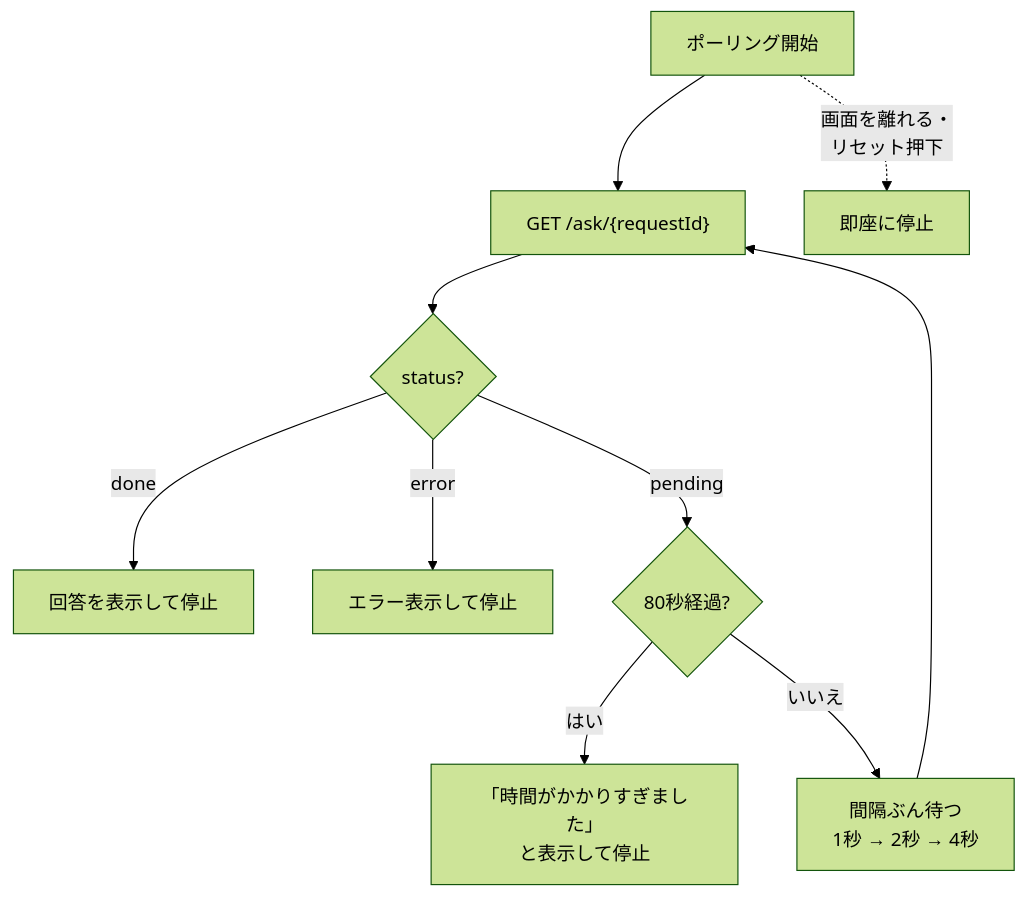
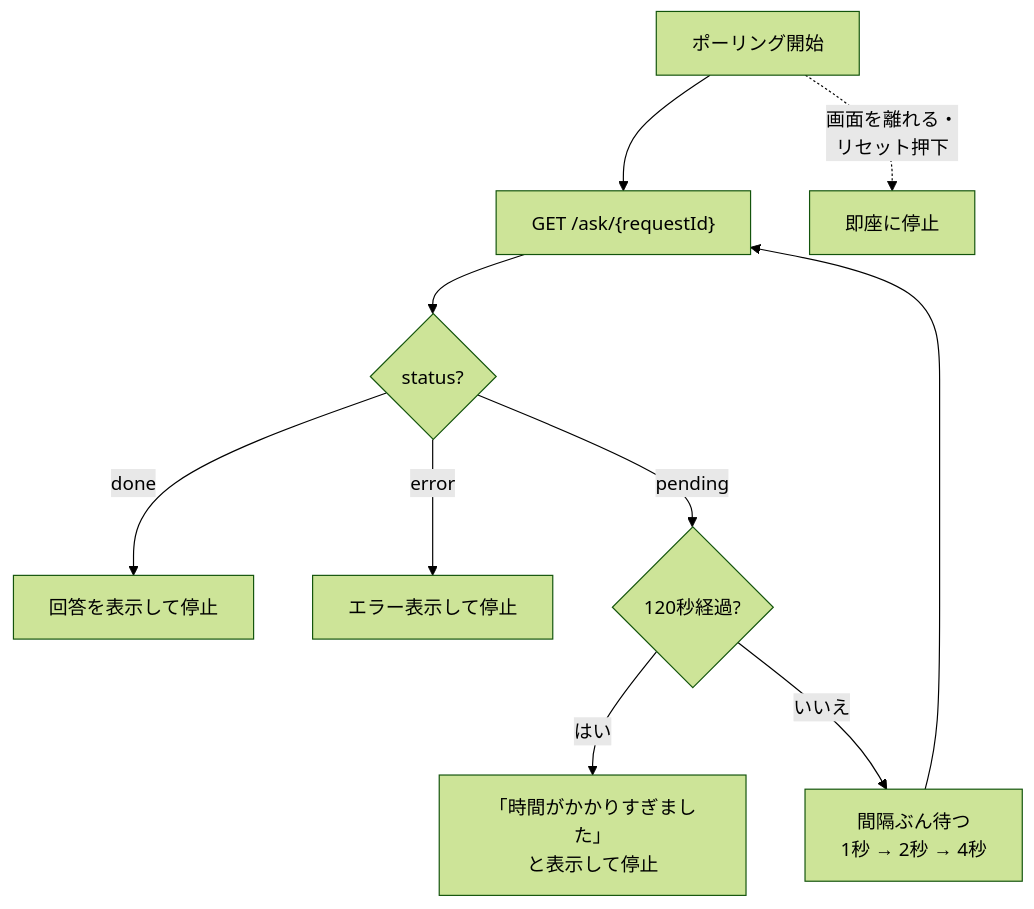
Before and after one commit to h-akira/TouringProject: the fourth of 4 diagrams in docs/01a_async_ask.md, drawn with Mermaid (forest theme). The commit also changed other lines of this file and 7 other files, not shown here.

````diff
--- a/docs/01a_async_ask.md
+++ b/docs/01a_async_ask.md
@@ -162,12 +165,12 @@
 ```mermaid
 flowchart TD
     S[ポーリング開始] --> P["GET /ask/{requestId}"]
     P --> C{status?}
     C -->|done| OK[回答を表示して停止]
     C -->|error| NG[エラー表示して停止]
-    C -->|pending| T{80秒経過?}
+    C -->|pending| T{120秒経過?}
     T -->|はい| TO[「時間がかかりすぎました」<br/>と表示して停止]
     T -->|いいえ| W[間隔ぶん待つ<br/>1秒 → 2秒 → 4秒]
     W --> P
     S -.->|画面を離れる・<br/>リセット押下| STOP[即座に停止]
 ```
````
